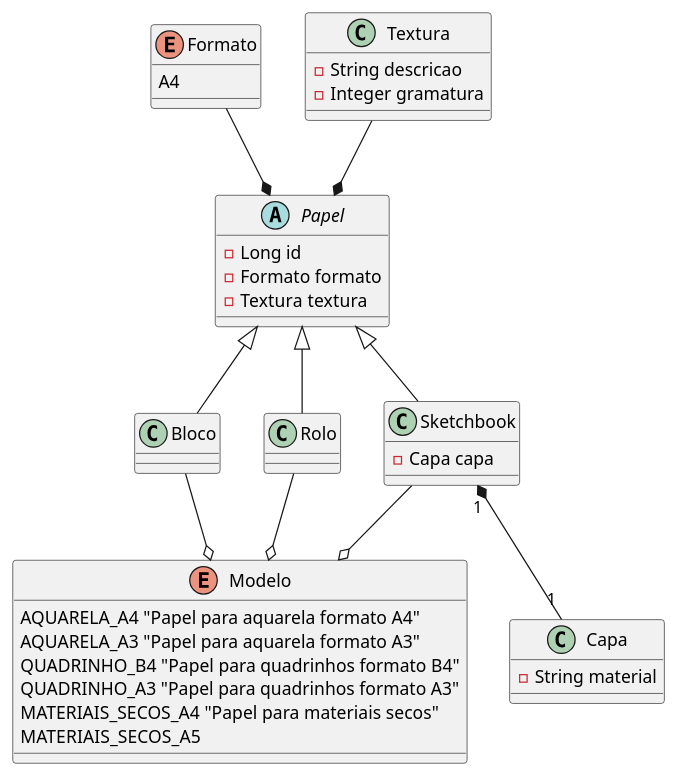
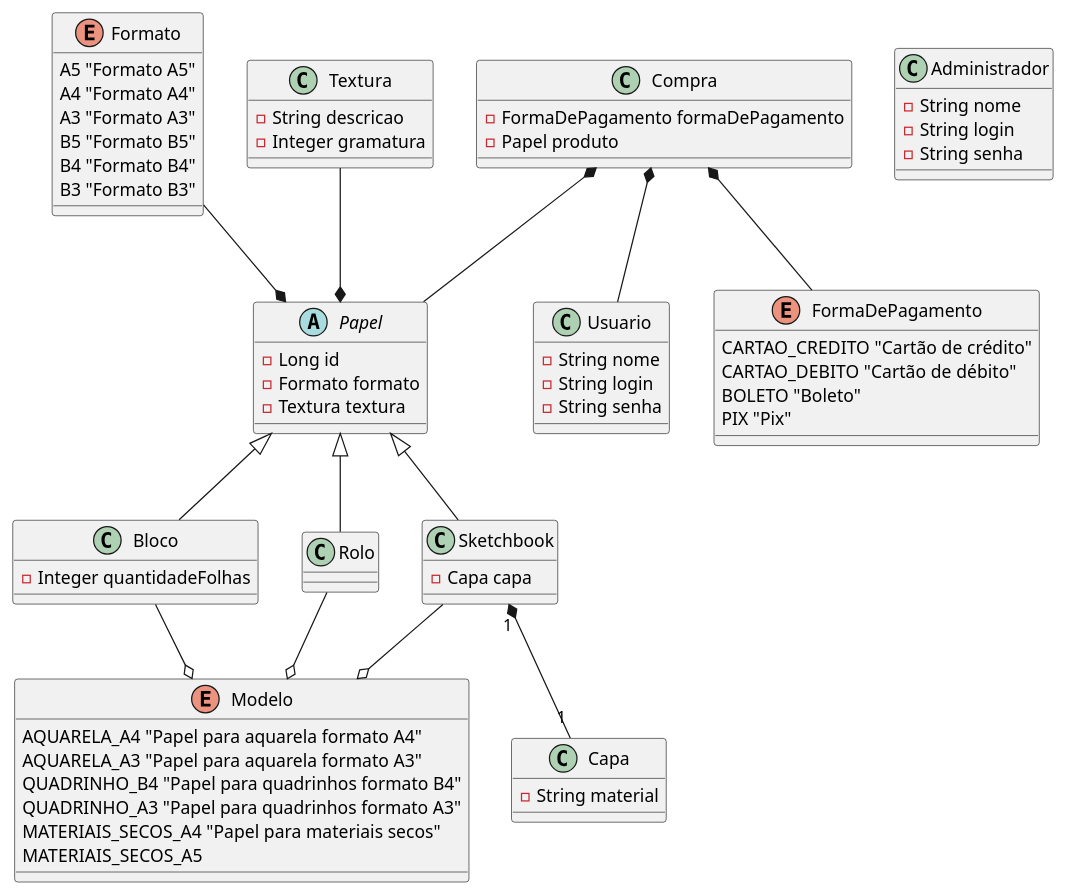
The diagram in src/Diagram.puml (CauaCoelho/papeis-artisticos-tp1), drawn with PlantUML before and after one commit. The commit also changed 20 other files, not shown here.

Commit message:
atualizando diagrama e corrigindo anotações

```diff
--- a/src/Diagram.puml
+++ b/src/Diagram.puml
@@ -1,69 +1,93 @@
 @startuml Diagram
 
 abstract class Papel {
 -Long id 
 -Formato formato 
 -Textura textura 
 }
 
  
   class Sketchbook{
  -Capa capa
-'Um sketchbook é feito com várias folhas
   }
  
  class Bloco {
- 'Um bloco de folhas é feito com várias folhas
+ -Integer quantidadeFolhas
  }
 
   
-'A4, A3, B5, etc
  enum Formato{ 
-A4 
+A5 "Formato A5"
+A4 "Formato A4"
+A3 "Formato A3"
+B5 "Formato B5"
+B4 "Formato B4"
+B3 "Formato B3"
+
 }
  
  class Rolo {}
 
  enum Modelo{
  AQUARELA_A4 "Papel para aquarela formato A4" 
  AQUARELA_A3 "Papel para aquarela formato A3"
  QUADRINHO_B4 "Papel para quadrinhos formato B4"
  QUADRINHO_A3 "Papel para quadrinhos formato A3"
  MATERIAIS_SECOS_A4 "Papel para materiais secos" 
  MATERIAIS_SECOS_A5
  }
  
 class Capa {
 -String material
 }
 
 class Textura {
 -String descricao
 -Integer gramatura
 }
 
 Rolo --o Modelo 
 Bloco --o Modelo 
 Sketchbook --o Modelo 
 
 
 Textura --* Papel
 Formato --* Papel
 
 Sketchbook "1"*--"1" Capa
 
 
 Papel <|-- Bloco
 Papel <|-- Rolo
 Papel <|-- Sketchbook
  
+class Usuario {
+-String nome
+-String login
+-String senha
+}
 
+enum FormaDePagamento{
+CARTAO_CREDITO "Cartão de crédito"
+CARTAO_DEBITO "Cartão de débito"
+BOLETO "Boleto"
+PIX "Pix"
+}
 
-'Papel <|-- Rolo 
-'Papel "*"<|--"1" Bloco
-'Papel "*"<|--"1" Sketchbook
-'Marca ou Fornecedor? 
+class Compra {
+-FormaDePagamento formaDePagamento
+-Papel produto
+}
 
+class Administrador {
+-String nome
+-String login
+-String senha
+}
+
+Compra *-- Usuario
+Compra *-- Papel
+Compra *-- FormaDePagamento
 
 
 @enduml
```
